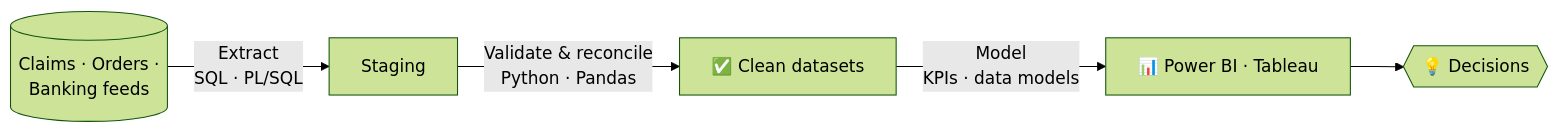
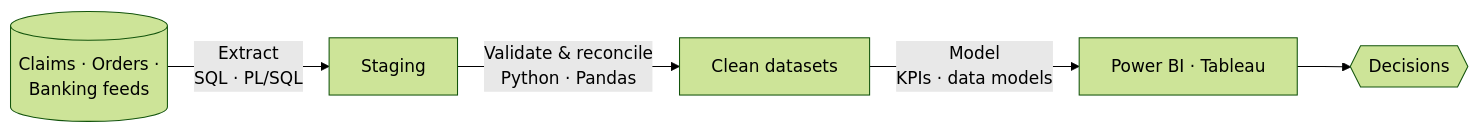
Before and after one commit to bairipoojitha1299/bairipoojitha1299: the diagram in README.md, drawn with Mermaid (forest theme). The commit also changed other lines of this file, not shown here.

````diff
--- a/README.md
+++ b/README.md
@@ -29,7 +28,7 @@
 ```mermaid
 flowchart LR
     A[(Claims · Orders ·<br/>Banking feeds)] -->|Extract<br/>SQL · PL/SQL| B[Staging]
-    B -->|Validate & reconcile<br/>Python · Pandas| C[✅ Clean datasets]
-    C -->|Model<br/>KPIs · data models| D[📊 Power BI · Tableau]
-    D --> E{{💡 Decisions}}
+    B -->|Validate & reconcile<br/>Python · Pandas| C[Clean datasets]
+    C -->|Model<br/>KPIs · data models| D[Power BI · Tableau]
+    D --> E{{Decisions}}
 ```
````
